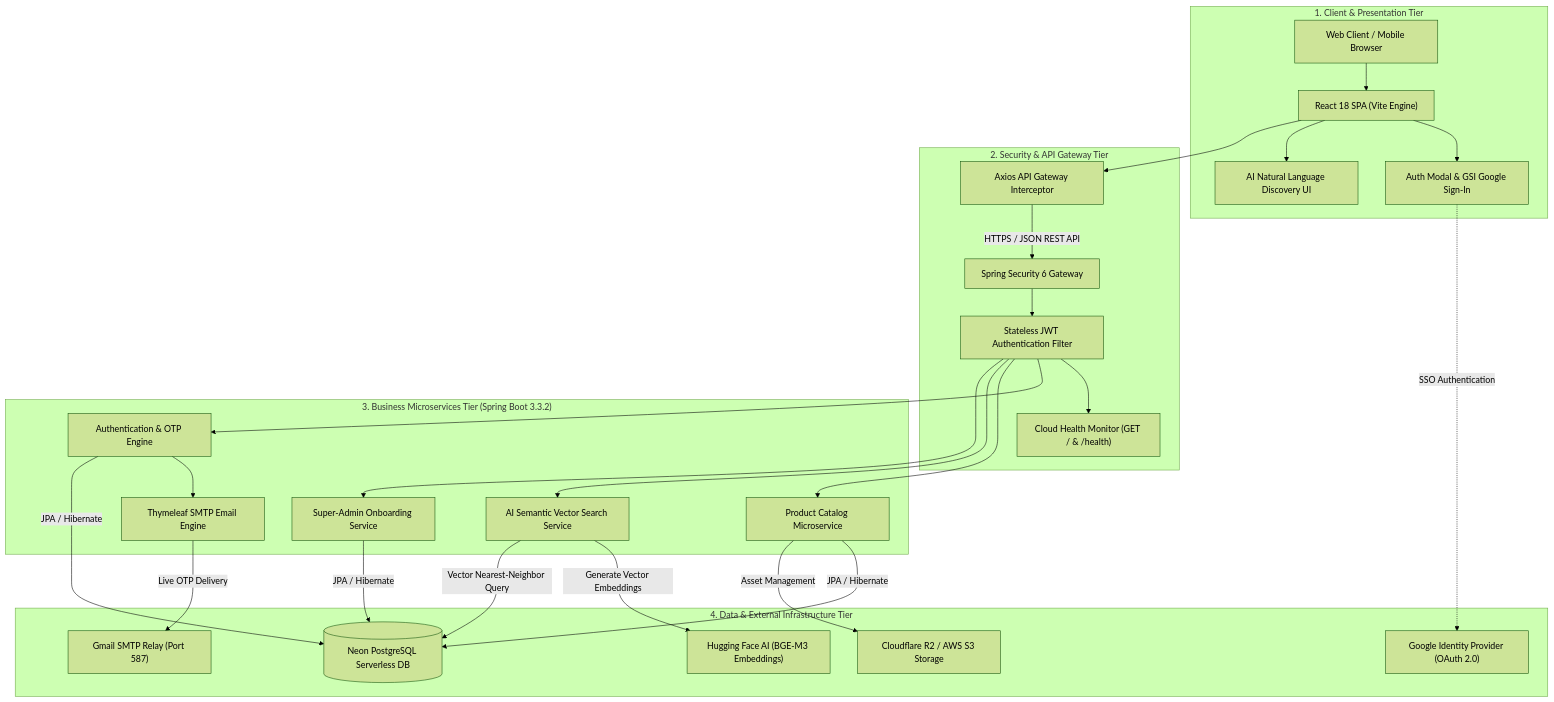
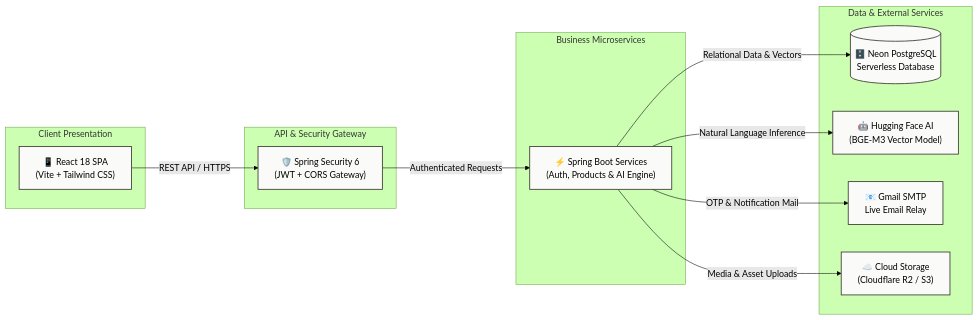
The first of 2 diagrams in README.md (yazeed-aljihane/LUXZERA), drawn with Mermaid (forest theme) before and after one commit. The commit also changed other lines of this file, not shown here.

Commit message:
docs: simplify HLD diagram to ultra-clean, minimal left-to-right flow

````diff
--- a/README.md
+++ b/README.md
@@ -13,63 +11,37 @@
 ```mermaid
-graph TD
-    %% ── TIER 1: CLIENT TIER ──
-    subgraph TIER1 ["1. Client & Presentation Tier"]
-        Client["Web Client / Mobile Browser"]
-        ReactApp["React 18 SPA (Vite Engine)"]
-        AuthUI["Auth Modal & GSI Google Sign-In"]
-        SearchUI["AI Natural Language Discovery UI"]
+flowchart LR
+    subgraph Client ["Client Presentation"]
+        A["📱 React 18 SPA<br/>(Vite + Tailwind CSS)"]
     end
 
-    %% ── TIER 2: API & SECURITY GATEWAY ──
-    subgraph TIER2 ["2. Security & API Gateway Tier"]
-        Gateway["Axios API Gateway Interceptor"]
-        SecurityGate["Spring Security 6 Gateway"]
-        JWTFilter["Stateless JWT Authentication Filter"]
-        HealthProbe["Cloud Health Monitor (GET / & /health)"]
+    subgraph Gateway ["API & Security Gateway"]
+        B["🛡️ Spring Security 6<br/>(JWT + CORS Gateway)"]
     end
 
-    %% ── TIER 3: BUSINESS & MICROSERVICES TIER ──
-    subgraph TIER3 ["3. Business Microservices Tier (Spring Boot 3.3.2)"]
-        AuthEngine["Authentication & OTP Engine"]
-        MailEngine["Thymeleaf SMTP Email Engine"]
-        ProductEngine["Product Catalog Microservice"]
-        AISearchEngine["AI Semantic Vector Search Service"]
-        AdminEngine["Super-Admin Onboarding Service"]
+    subgraph Core ["Business Microservices"]
+        C["⚡ Spring Boot Services<br/>(Auth, Products & AI Engine)"]
     end
 
-    %% ── TIER 4: DATA & INFRASTRUCTURE TIER ──
-    subgraph TIER4 ["4. Data & External Infrastructure Tier"]
-        PostgresDB[(Neon PostgreSQL Serverless DB)]
-        GoogleAuth["Google Identity Provider (OAuth 2.0)"]
-        GmailSMTP["Gmail SMTP Relay (Port 587)"]
-        HuggingFaceAI["Hugging Face AI (BGE-M3 Embeddings)"]
-        CloudStorage["Cloudflare R2 / AWS S3 Storage"]
+    subgraph Data ["Data & External Services"]
+        D[("🗄️ Neon PostgreSQL<br/>Serverless Database")]
+        E["🤖 Hugging Face AI<br/>(BGE-M3 Vector Model)"]
+        F["📧 Gmail SMTP<br/>Live Email Relay"]
+        G["☁️ Cloud Storage<br/>(Cloudflare R2 / S3)"]
     end
 
-    %% ── TIER CONNECTIONS ──
-    Client --> ReactApp
-    ReactApp --> AuthUI
-    ReactApp --> SearchUI
-    AuthUI -.->|SSO Authentication| GoogleAuth
+    A -->|REST API / HTTPS| B
+    B -->|Authenticated Requests| C
+    
+    C -->|Relational Data & Vectors| D
+    C -->|Natural Language Inference| E
+    C -->|OTP & Notification Mail| F
+    C -->|Media & Asset Uploads| G
 
-    ReactApp --> Gateway
-    Gateway -->|HTTPS / JSON REST API| SecurityGate
-    SecurityGate --> JWTFilter
-    JWTFilter --> HealthProbe
-
-    JWTFilter --> AuthEngine
-    JWTFilter --> ProductEngine
-    JWTFilter --> AISearchEngine
-    JWTFilter --> AdminEngine
-
-    AuthEngine --> MailEngine
-    MailEngine -->|Live OTP Delivery| GmailSMTP
-
-    AuthEngine -->|JPA / Hibernate| PostgresDB
-    ProductEngine -->|JPA / Hibernate| PostgresDB
-    AdminEngine -->|JPA / Hibernate| PostgresDB
-
-    AISearchEngine -->|Generate Vector Embeddings| HuggingFaceAI
-    AISearchEngine -->|Vector Nearest-Neighbor Query| PostgresDB
-    ProductEngine -->|Asset Management| CloudStorage
+    style A fill:#FAFAF9,stroke:#37352F,stroke-width:1.5px
+    style B fill:#FAFAF9,stroke:#37352F,stroke-width:1.5px
+    style C fill:#FAFAF9,stroke:#37352F,stroke-width:1.5px
+    style D fill:#FAFAF9,stroke:#37352F,stroke-width:1.5px
+    style E fill:#FAFAF9,stroke:#37352F,stroke-width:1.5px
+    style F fill:#FAFAF9,stroke:#37352F,stroke-width:1.5px
+    style G fill:#FAFAF9,stroke:#37352F,stroke-width:1.5px
 ```
````
